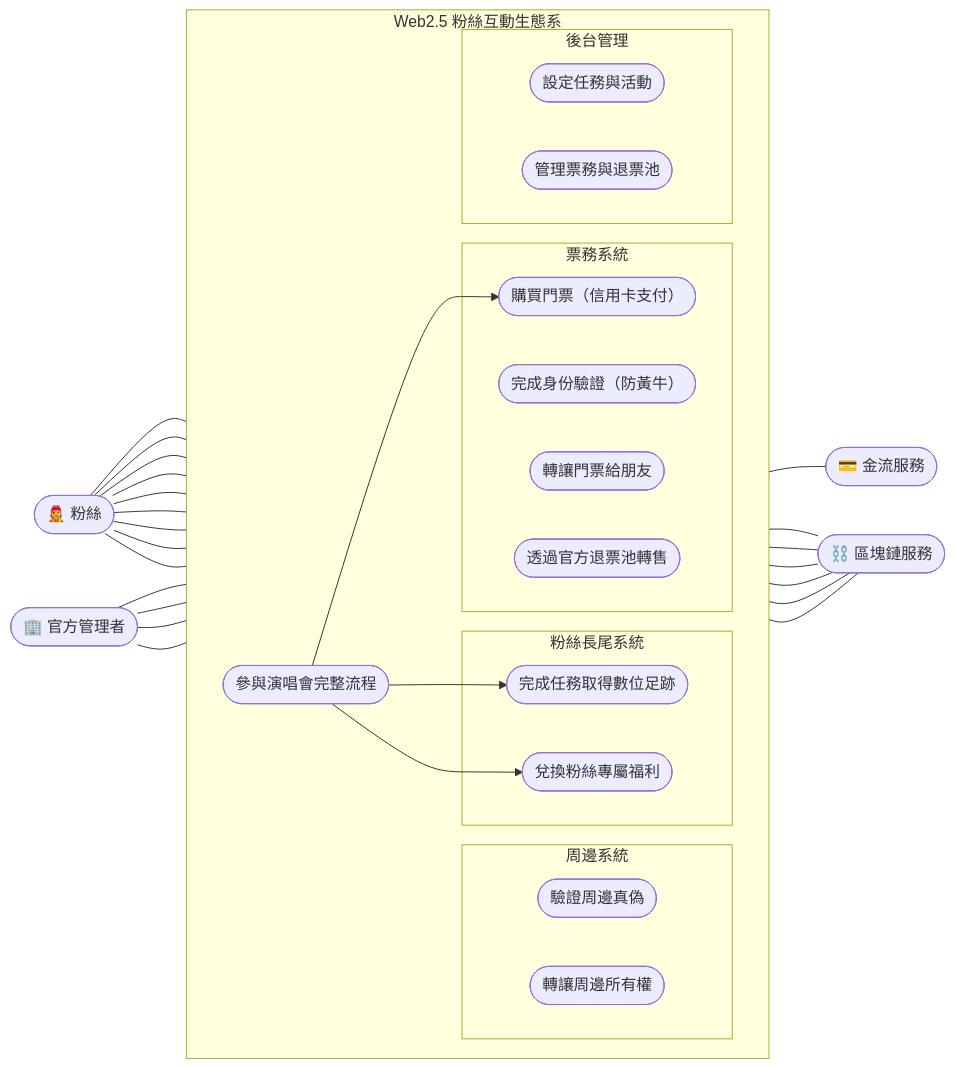
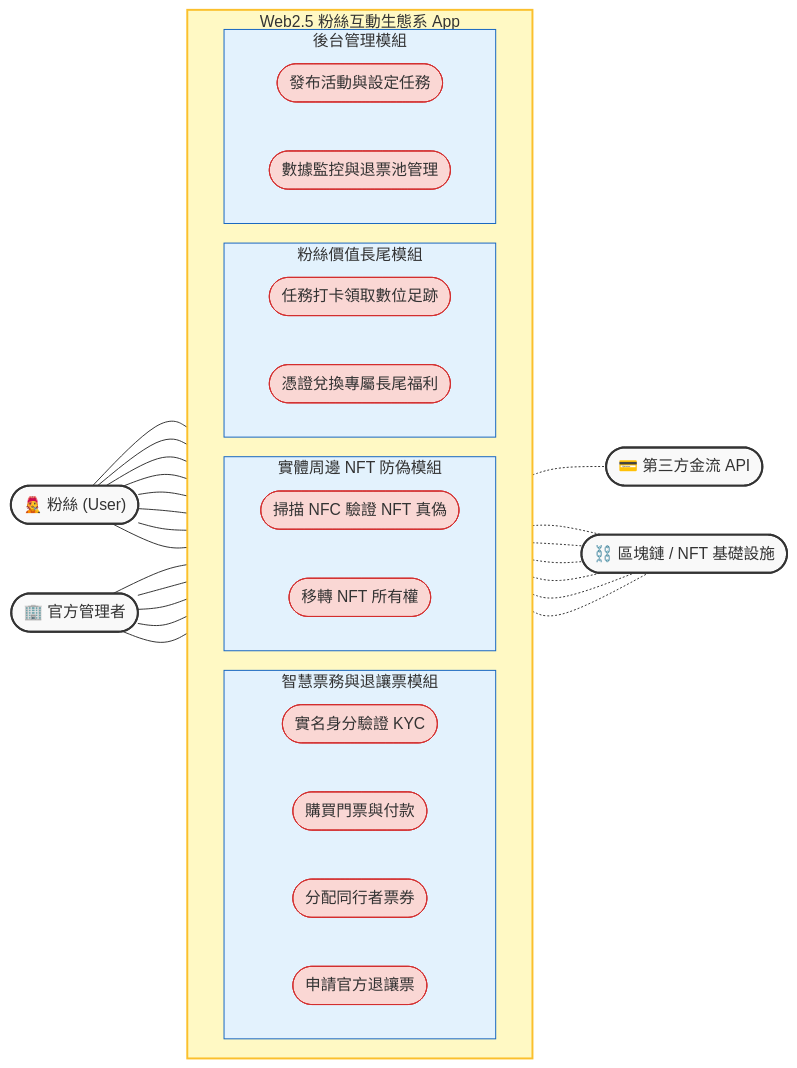
Before and after one commit to zhuang147/Blockchain-fan-economy-document: the diagram in UML.md, drawn with Mermaid.

````diff
--- a/UML.md
+++ b/UML.md
@@ -4,69 +4,81 @@
 ```mermaid
 flowchart LR
-    %% Actors
-    Fan(["🧑‍🎤 粉絲"])
+    %% 定義左側主動參與者
+    Fan(["🧑‍🎤 粉絲 (User)"])
     Admin(["🏢 官方管理者"])
-    Pay(["💳 金流服務"])
-    Blockchain(["⛓️ 區塊鏈服務"])
 
-    %% System Boundary
-    subgraph System [Web2.5 粉絲互動生態系]
+    %% 系統邊界與模組
+    subgraph SystemBoundary [Web2.5 粉絲互動生態系 App]
         direction LR
-
-        %% 主流程
-        UC0([參與演唱會完整流程])
-
-        subgraph Ticket [票務系統]
-            UC1([完成身份驗證（防黃牛）])
-            UC2([購買門票（信用卡支付）])
-            UC3([轉讓門票給朋友])
-            UC4([透過官方退票池轉售])
+        
+        subgraph TicketSystem [智慧票務與退讓票模組]
+            UC1([實名身分驗證 KYC])
+            UC2([購買門票與付款])
+            UC3([分配同行者票券])
+            UC4([申請官方退讓票])
         end
 
-        subgraph Merch [周邊系統]
-            UC5([驗證周邊真偽])
-            UC6([轉讓周邊所有權])
+        subgraph MerchSystem [實體周邊 NFT 防偽模組]
+            UC5([掃描 NFC 驗證 NFT 真偽])
+            UC6([移轉 NFT 所有權])
         end
 
-        subgraph FanSystem [粉絲長尾系統]
-            UC7([完成任務取得數位足跡])
-            UC8([兌換粉絲專屬福利])
+        subgraph LongTailSystem [粉絲價值長尾模組]
+            UC7([任務打卡領取數位足跡])
+            UC8([憑證兌換專屬長尾福利])
         end
 
-        subgraph AdminSystem [後台管理]
-            UC9([設定任務與活動])
-            UC10([管理票務與退票池])
+        subgraph AdminSystem [後台管理模組]
+            UC9([發布活動與設定任務])
+            UC10([數據監控與退票池管理])
         end
     end
 
-    %% 主流程關聯
-    Fan --- UC0
-    UC0 --> UC2
-    UC0 --> UC7
-    UC0 --> UC8
+    %% 定義右側外部依賴
+    Blockchain(["⛓️ 區塊鏈 / NFT 基礎設施"])
+    Pay(["💳 第三方金流 API"])
 
-    %% 粉絲互動
+    %% --- 連線關係 ---
+
+    %% 粉絲互動 (實線)
     Fan --- UC1
     Fan --- UC2
     Fan --- UC3
     Fan --- UC4
     Fan --- UC5
     Fan --- UC6
     Fan --- UC7
     Fan --- UC8
 
-    %% 官方互動
+    %% 管理者互動 (實線)
+    Admin --- UC1
     Admin --- UC9
     Admin --- UC10
-    Admin --- UC7
-    Admin --- UC8
+    %% 官方設定任務
+    Admin --- UC7 
+    %% 官方管理福利發放
+    Admin --- UC8 
 
-    %% 外部系統（Web2.5 重點🔥）
-    UC2 --- Pay
-    UC2 --- Blockchain
-    UC3 --- Blockchain
-    UC4 --- Blockchain
-    UC5 --- Blockchain
-    UC6 --- Blockchain
-    UC7 --- Blockchain
+    %% 系統自動化呼叫 (虛線)
+    UC2 -.- Pay
+    UC2 -.- Blockchain
+    UC3 -.- Blockchain
+    UC4 -.- Blockchain
+    %% 驗證 NFT
+    UC5 -.- Blockchain 
+    %% 轉移資產
+    UC6 -.- Blockchain 
+    %% 派發 POAP/SBT 數位足跡
+    UC7 -.- Blockchain 
+
+    %% 樣式設定
+    classDef actor fill:#f9f9f9,stroke:#333,stroke-width:2px;
+    classDef usecase fill:#fad7d4,stroke:#d32f2f,stroke-width:1px;
+    classDef package fill:#e3f2fd,stroke:#1565c0,stroke-width:1px;
+    classDef boundary fill:#fff9c4,stroke:#fbc02d,stroke-width:2px;
+
+    class Fan,Admin,Blockchain,Pay actor;
+    class UC1,UC2,UC3,UC4,UC5,UC6,UC7,UC8,UC9,UC10 usecase;
+    class TicketSystem,MerchSystem,LongTailSystem,AdminSystem package;
+    class SystemBoundary boundary;
 ```
````
